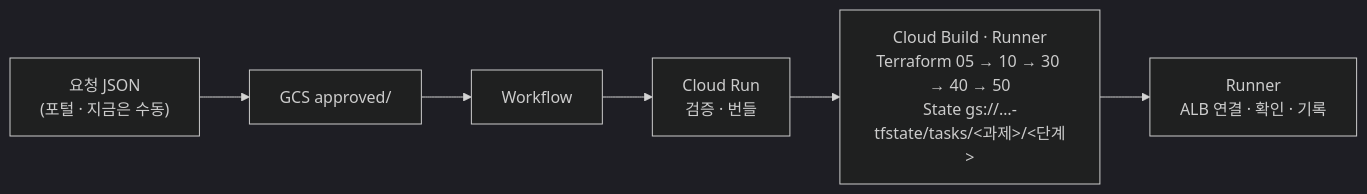
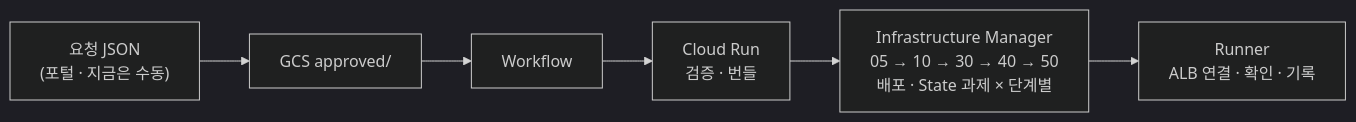
The diagram in 03.sandbox_deploy/README.md (sonmap/GCP_SBX_Test03), drawn with Mermaid (dark theme) before and after one commit. The commit also changed other lines of this file and 21 other files, not shown here.

First line of the commit message:
Run all Terraform stages, 50-workload included, in Infrastructure Manager

````diff
--- a/03.sandbox_deploy/README.md
+++ b/03.sandbox_deploy/README.md
@@ -5,7 +5,7 @@
 ```mermaid
 flowchart LR
     J["요청 JSON<br/>(포털 · 지금은 수동)"] --> G["GCS approved/"]
     G --> W["Workflow"] --> R["Cloud Run<br/>검증 · 번들"]
-    R --> B["Cloud Build · Runner<br/>Terraform 05 → 10 → 30 → 40 → 50<br/>State gs://…-tfstate/tasks/&lt;과제&gt;/&lt;단계&gt;"]
+    R --> B["Infrastructure Manager<br/>05 → 10 → 30 → 40 → 50<br/>배포 · State 과제 × 단계별"]
     B --> C["Runner<br/>ALB 연결 · 확인 · 기록"]
 ```
````
